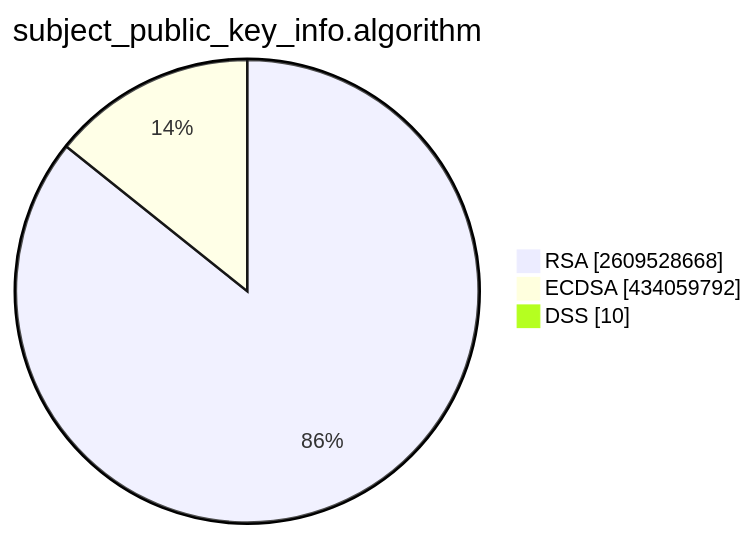
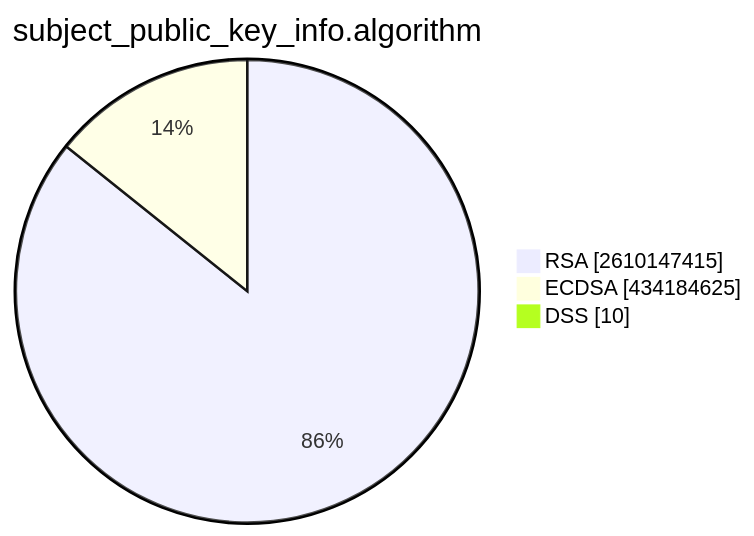
The second of 15 diagrams in TOTAL/README.md (christiankrug/ctmonitor_visualization), drawn with Mermaid before and after one commit. The commit also changed other lines of this file, not shown here.

````diff
--- a/TOTAL/README.md
+++ b/TOTAL/README.md
@@ -6,7 +6,7 @@
 ```mermaid
 pie showData
 title subject_public_key_info.algorithm
-"RSA" :2609528668
-"ECDSA" :434059792
+"RSA" :2610147415
+"ECDSA" :434184625
 "DSS" :10
 ```
````
